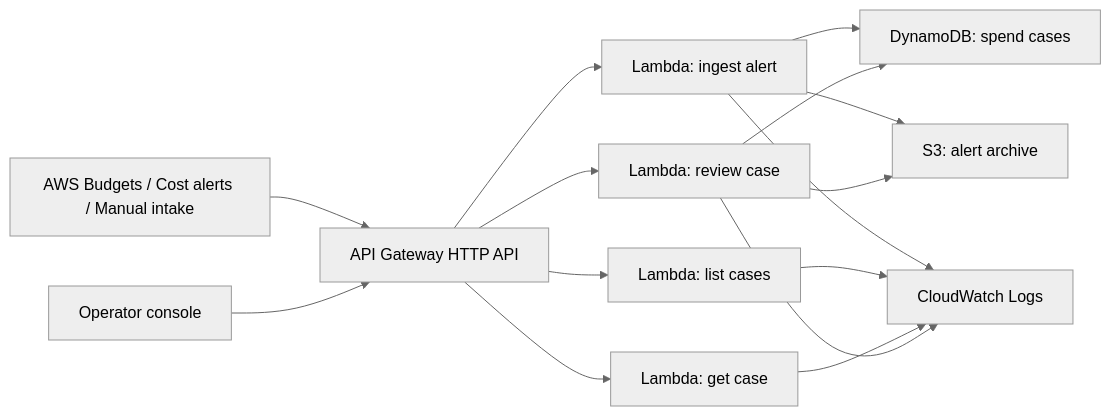
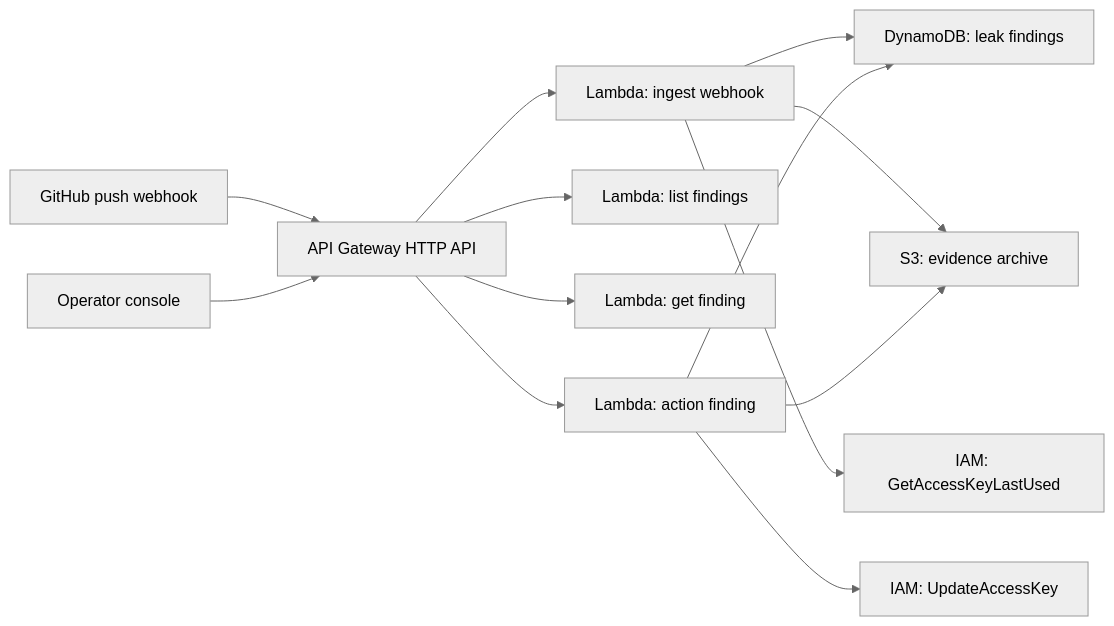
One commit to danglewaee/aws-proj changed the diagram in docs/architecture.md. Above: the diagram before and after it, drawn with Mermaid (neutral theme). The commit also changed other lines of this file and 18 other files, not shown here.

Commit message:
Pivot AWS prototype into LeakGuard

````diff
--- a/docs/architecture.md
+++ b/docs/architecture.md
@@ -21,17 +21,15 @@
 ```mermaid
 flowchart LR
-    A["AWS Budgets / Cost alerts / Manual intake"] --> B["API Gateway HTTP API"]
-    B --> C["Lambda: ingest alert"]
-    C --> D["DynamoDB: spend cases"]
-    C --> E["S3: alert archive"]
-    F["Operator console"] --> B
-    B --> G["Lambda: list cases"]
-    B --> H["Lambda: get case"]
-    B --> I["Lambda: review case"]
-    I --> D
-    I --> E
-    C --> J["CloudWatch Logs"]
-    G --> J
-    H --> J
-    I --> J
+    A["GitHub push webhook"] --> B["API Gateway HTTP API"]
+    B --> C["Lambda: ingest webhook"]
+    C --> D["DynamoDB: leak findings"]
+    C --> E["S3: evidence archive"]
+    C --> F["IAM: GetAccessKeyLastUsed"]
+    G["Operator console"] --> B
+    B --> H["Lambda: list findings"]
+    B --> I["Lambda: get finding"]
+    B --> J["Lambda: action finding"]
+    J --> D
+    J --> E
+    J --> K["IAM: UpdateAccessKey"]
 ```
````
